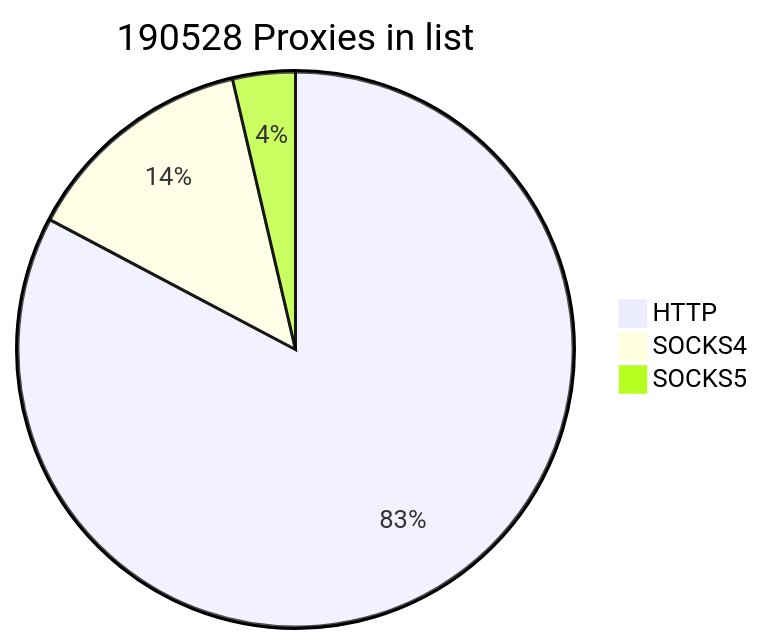
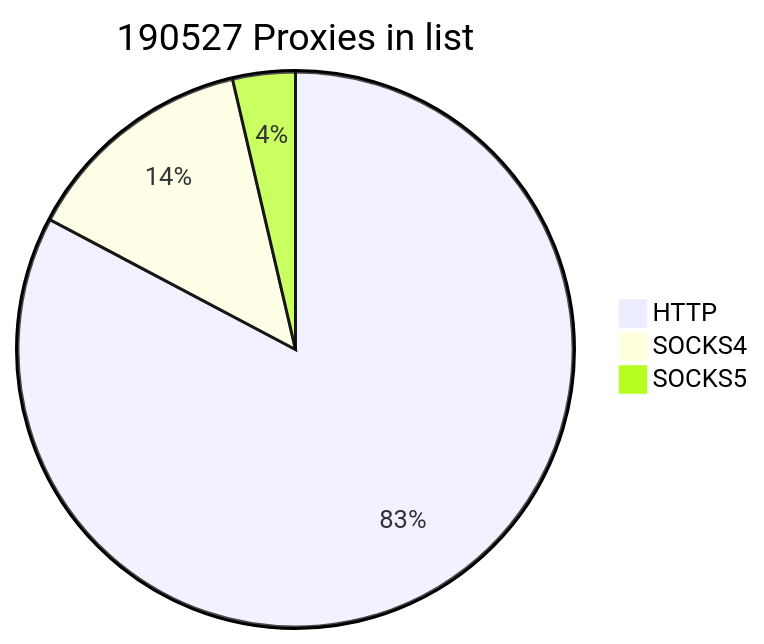
One commit to cutipu/proxylist changed the first of 2 diagrams in README.md. Above: the diagram before and after it, drawn with Mermaid. The commit also changed other lines of this file, not shown here.

````diff
--- a/README.md
+++ b/README.md
@@ -2,7 +2,7 @@
 ```mermaid
-pie title 190528 Proxies in list
-    "HTTP" : 157642
-    "SOCKS4" : 25944
+pie title 190527 Proxies in list
+    "HTTP" : 157643
+    "SOCKS4" : 25942
     "SOCKS5" : 6942
             
 ```
````
